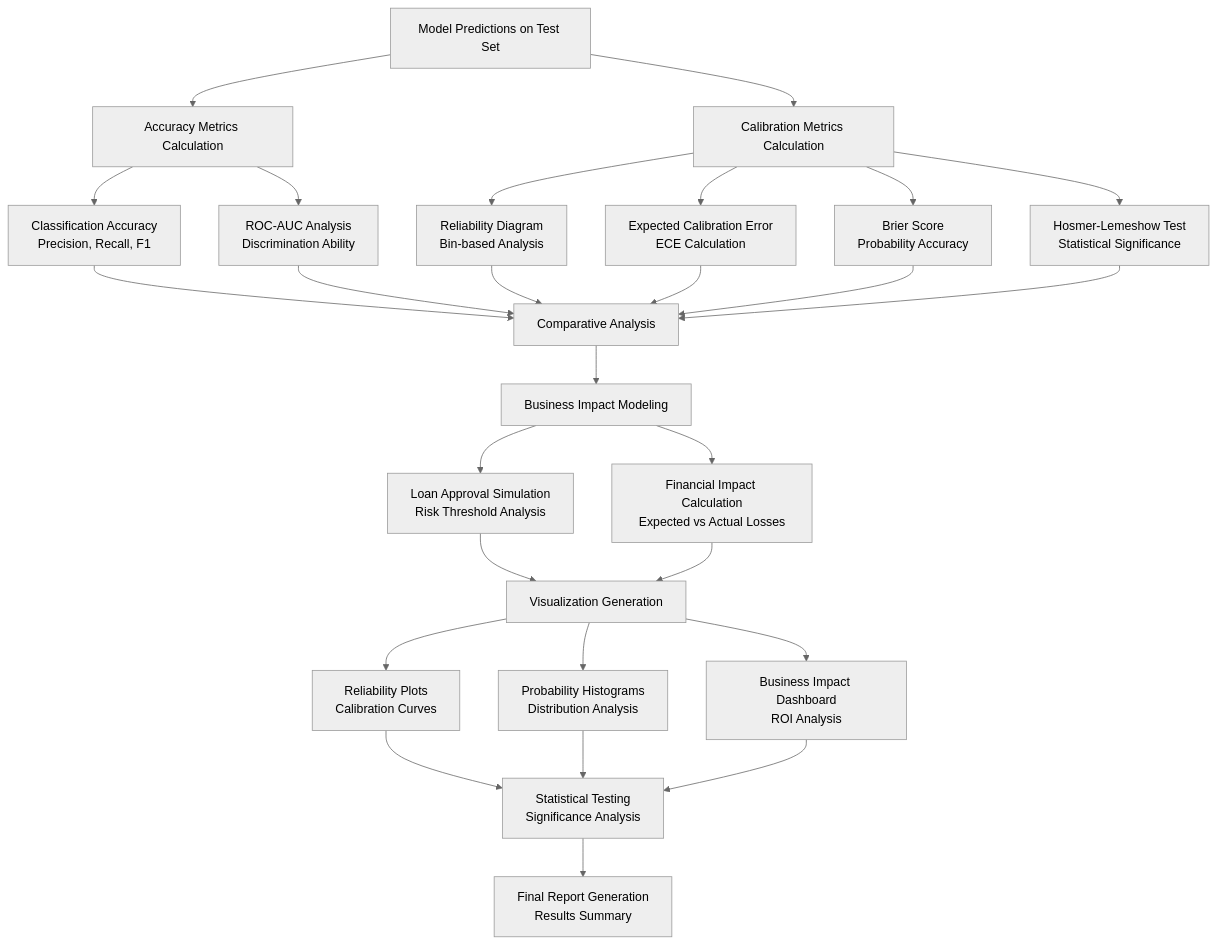
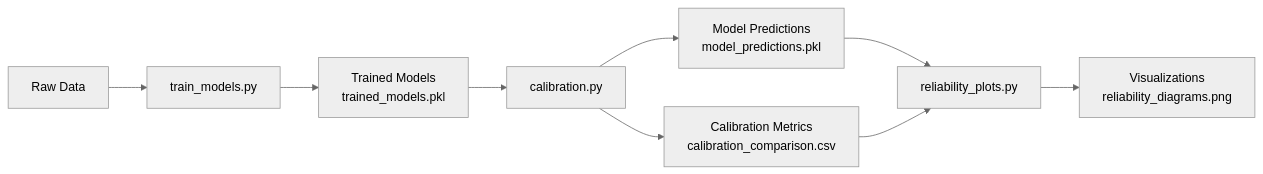
Before and after one commit to Suryam1976/credit_scoring_experiment: the fourth of 9 diagrams in docs/FLOW_DIAGRAM.md, drawn with Mermaid (neutral theme). The commit also changed other lines of this file and 14 other files, not shown here.

````diff
--- a/docs/FLOW_DIAGRAM.md
+++ b/docs/FLOW_DIAGRAM.md
@@ -99,37 +103,13 @@
 ```mermaid
-graph TB
-    A[Model Predictions on Test Set] --> B[Accuracy Metrics Calculation]
-    A --> C[Calibration Metrics Calculation]
+graph LR
+    A[Raw Data] --> B[train_models.py]
+    B --> C[Trained Models<br/>trained_models.pkl]
     
-    B --> D[Classification Accuracy<br/>Precision, Recall, F1]
-    B --> E[ROC-AUC Analysis<br/>Discrimination Ability]
+    C --> D[calibration.py]
+    D --> E[Model Predictions<br/>model_predictions.pkl]
+    D --> F[Calibration Metrics<br/>calibration_comparison.csv]
     
-    C --> F[Reliability Diagram<br/>Bin-based Analysis]
-    C --> G[Expected Calibration Error<br/>ECE Calculation]
-    C --> H[Brier Score<br/>Probability Accuracy]
-    C --> I[Hosmer-Lemeshow Test<br/>Statistical Significance]
-    
-    D --> J[Comparative Analysis]
-    E --> J
-    F --> J
-    G --> J
-    H --> J
-    I --> J
-    
-    J --> K[Business Impact Modeling]
-    K --> L[Loan Approval Simulation<br/>Risk Threshold Analysis]
-    K --> M[Financial Impact Calculation<br/>Expected vs Actual Losses]
-    
-    L --> N[Visualization Generation]
-    M --> N
-    
-    N --> O[Reliability Plots<br/>Calibration Curves]
-    N --> P[Probability Histograms<br/>Distribution Analysis]
-    N --> Q[Business Impact Dashboard<br/>ROI Analysis]
-    
-    O --> R[Statistical Testing<br/>Significance Analysis]
-    P --> R
-    Q --> R
-    
-    R --> S[Final Report Generation<br/>Results Summary]
+    E --> G[reliability_plots.py]
+    F --> G
+    G --> H[Visualizations<br/>reliability_diagrams.png]
 ```
````
